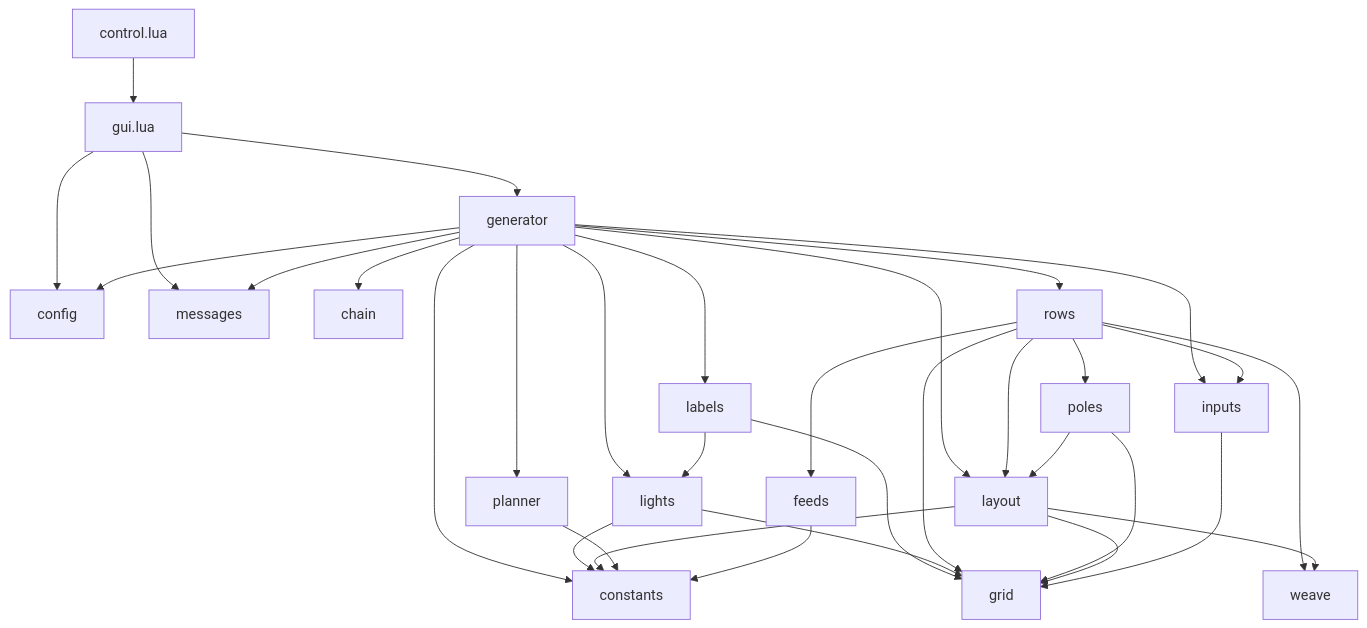
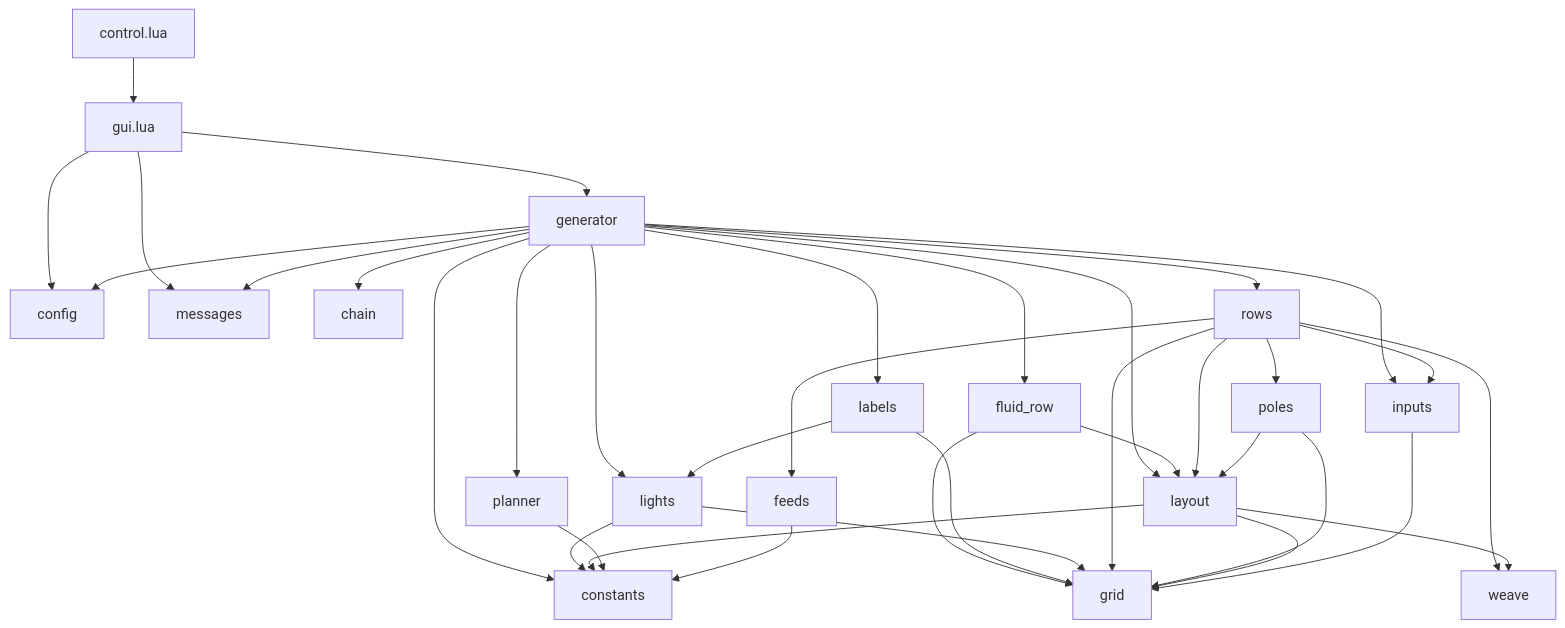
The second of 6 diagrams in TYPES.md (RibbonedAce/factorio-blueprint-generation), drawn with Mermaid before and after one commit. The commit also changed other lines of this file and 22 other files, not shown here.

````diff
--- a/TYPES.md
+++ b/TYPES.md
@@ -54,35 +59,38 @@
 ```mermaid
 flowchart TD
   control["control.lua"] --> gui["gui.lua"]
   gui --> generator
   gui --> config
   gui --> messages
   generator --> config
   generator --> constants
   generator --> chain
   generator --> planner
   generator --> layout
   generator --> inputs
   generator --> rows
+  generator --> fluid_row
+  fluid_row --> layout
+  fluid_row --> grid
   generator --> labels
   generator --> lights
   labels --> lights
   labels --> grid
   generator --> messages
   lights --> constants
   lights --> grid
   rows --> feeds
   rows --> inputs
   rows --> layout
   rows --> poles
   rows --> weave
   rows --> grid
   poles --> layout
   poles --> grid
   layout --> constants
   layout --> grid
   layout --> weave
   planner --> constants
   feeds --> constants
   inputs --> grid
 ```
````
